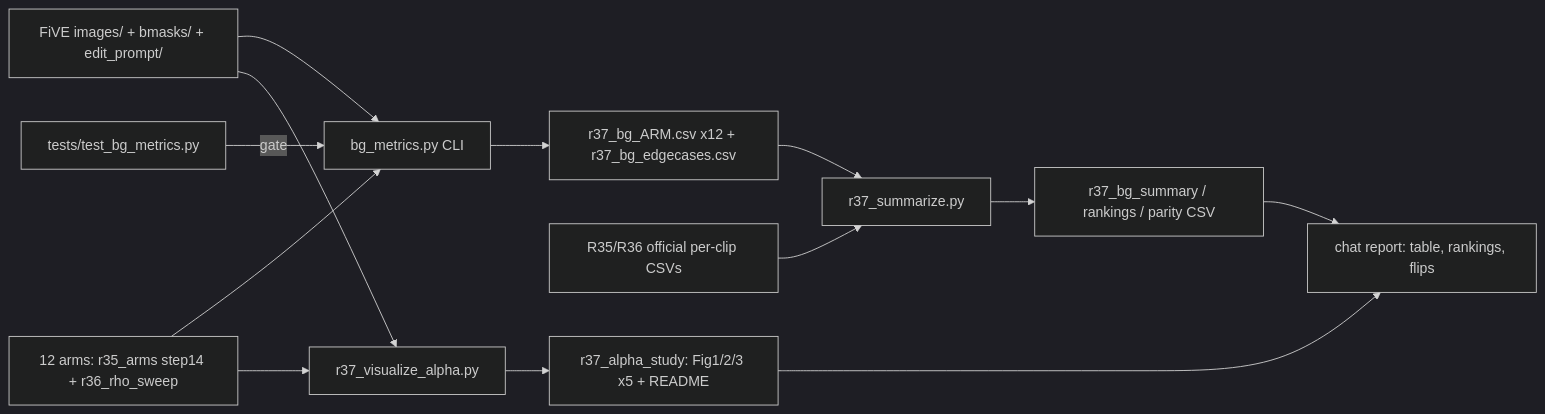
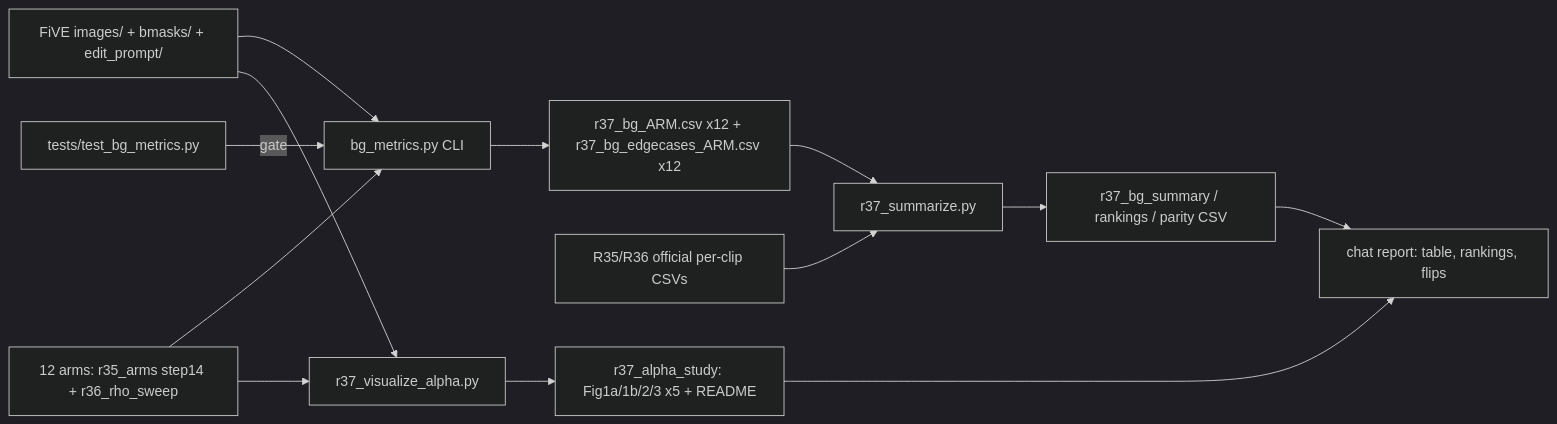
One commit to skhairi2k/StreamEdit_new changed the diagram in .claude/plans/r37-distance-weighted-bg-metrics_e6b3a58d.plan.md. Above: the diagram before and after it, drawn with Mermaid (dark theme). The commit also changed other lines of this file and 344 other files, not shown here.

````diff
--- a/.claude/plans/r37-distance-weighted-bg-metrics_e6b3a58d.plan.md
+++ b/.claude/plans/r37-distance-weighted-bg-metrics_e6b3a58d.plan.md
@@ -172,15 +184,15 @@
 ```mermaid
 flowchart LR
   A[FiVE images/ + bmasks/ + edit_prompt/] --> C[bg_metrics.py CLI]
   B[12 arms: r35_arms step14 + r36_rho_sweep] --> C
   T[tests/test_bg_metrics.py] -->|gate| C
-  C --> D[r37_bg_ARM.csv x12 + r37_bg_edgecases.csv]
+  C --> D[r37_bg_ARM.csv x12 + r37_bg_edgecases_ARM.csv x12]
   D --> E[r37_summarize.py]
   O[R35/R36 official per-clip CSVs] --> E
   E --> F[r37_bg_summary / rankings / parity CSV]
   A --> V[r37_visualize_alpha.py]
   B --> V
-  V --> G[r37_alpha_study: Fig1/2/3 x5 + README]
+  V --> G[r37_alpha_study: Fig1a/1b/2/3 x5 + README]
   F --> R[chat report: table, rankings, flips]
   G --> R
 ```
````
